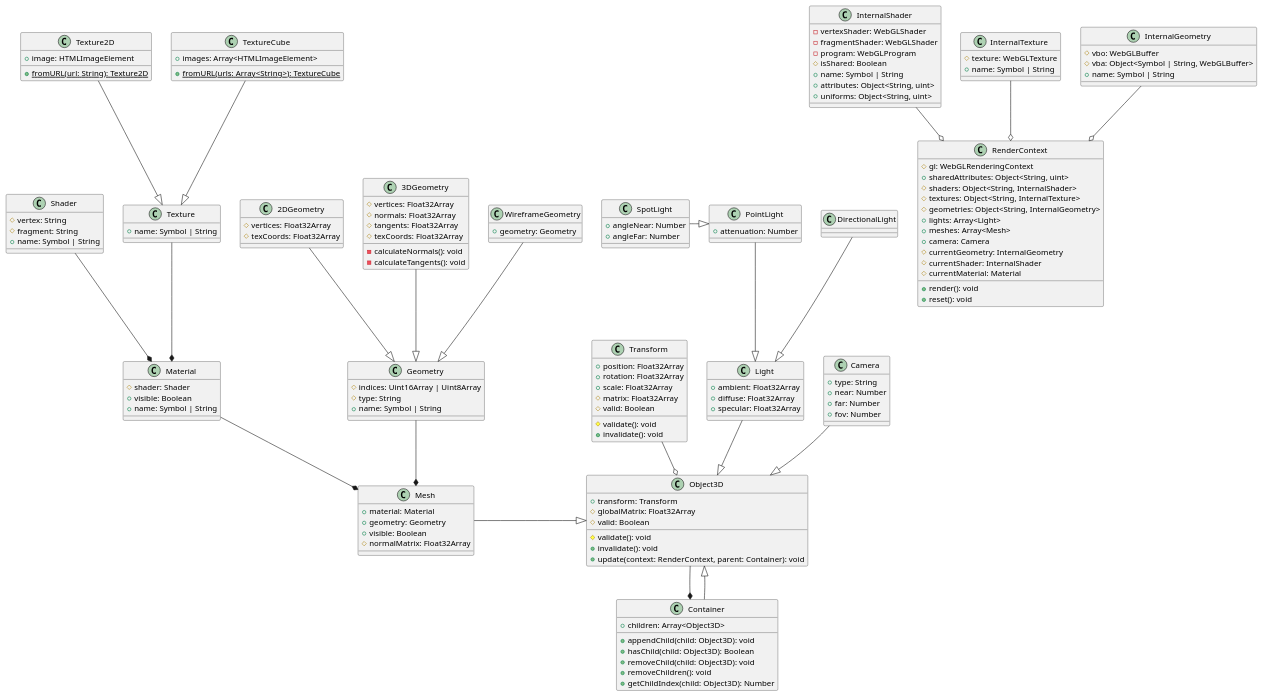
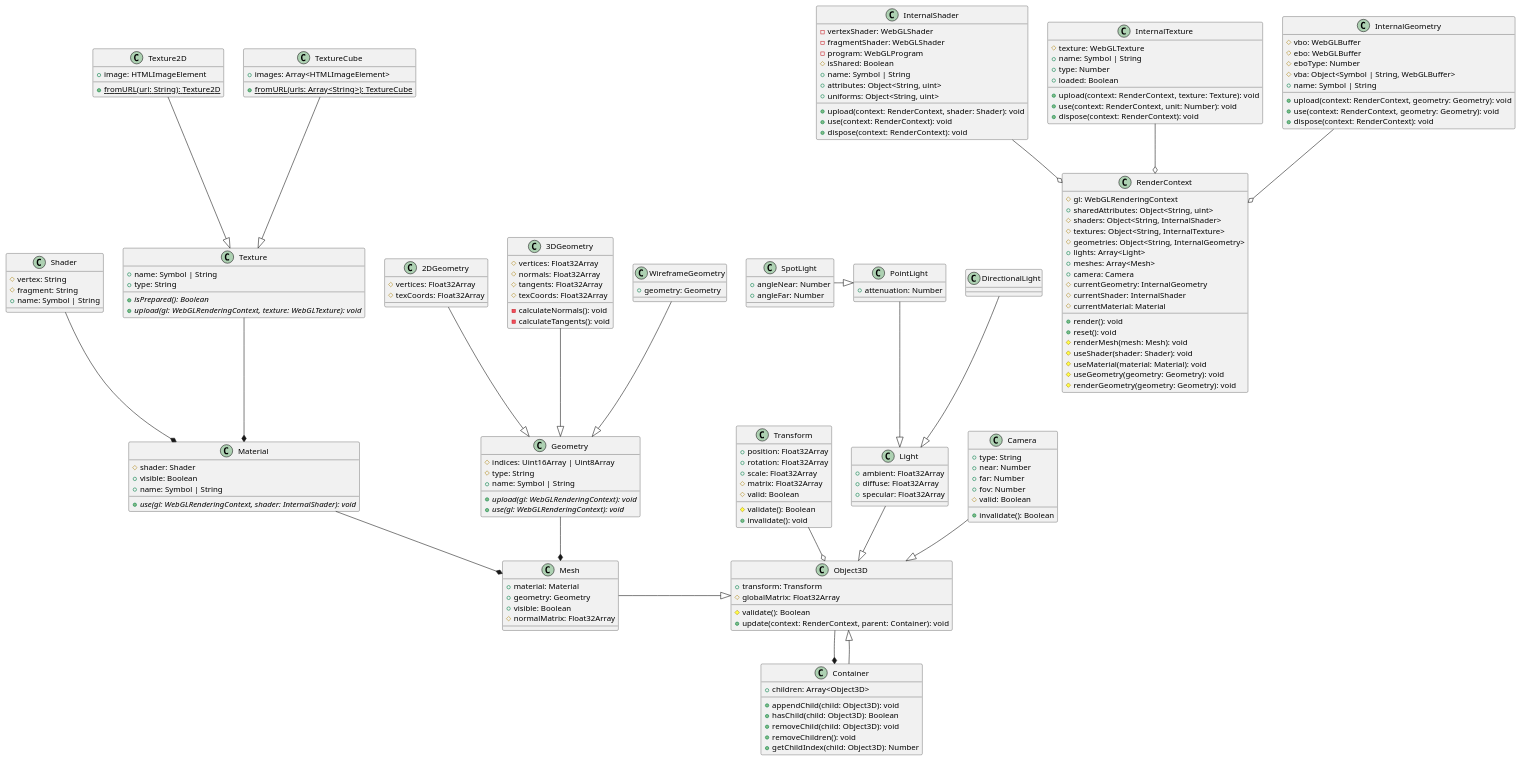
The diagram in doc/3dObjects.puml (yoo2001818/webglue), drawn with PlantUML before and after one commit.

Commit message:
Add detail to 3d objects document

```diff
--- a/doc/3dObjects.puml
+++ b/doc/3dObjects.puml
@@ -14,6 +14,11 @@
   #currentMaterial: Material
   +render(): void
   +reset(): void
+  #renderMesh(mesh: Mesh): void
+  #useShader(shader: Shader): void
+  #useMaterial(material: Material): void
+  #useGeometry(geometry: Geometry): void
+  #renderGeometry(geometry: Geometry): void
 }
 
 class InternalShader {
@@ -24,6 +29,9 @@
   +name: Symbol | String
   +attributes: Object<String, uint>
   +uniforms: Object<String, uint>
+  +upload(context: RenderContext, shader: Shader): void
+  +use(context: RenderContext): void
+  +dispose(context: RenderContext): void
 }
 
 InternalShader --o RenderContext
@@ -37,12 +45,20 @@
 class InternalTexture {
   #texture: WebGLTexture
   +name: Symbol | String
+  +type: Number
+  +loaded: Boolean
+  +upload(context: RenderContext, texture: Texture): void
+  +use(context: RenderContext, unit: Number): void
+  +dispose(context: RenderContext): void
 }
 
 InternalTexture --o RenderContext
 
 class Texture {
   +name: Symbol | String
+  +type: String
+  {abstract} +isPrepared(): Boolean
+  {abstract} +upload(gl: WebGLRenderingContext, texture: WebGLTexture): void
 }
 
 class Texture2D {
@@ -62,6 +78,7 @@
   #shader: Shader
   +visible: Boolean
   +name: Symbol | String
+  {abstract} +use(gl: WebGLRenderingContext, shader: InternalShader): void
 }
 
 Shader --* Material
@@ -69,8 +86,13 @@
 
 class InternalGeometry {
   #vbo: WebGLBuffer
+  #ebo: WebGLBuffer
+  #eboType: Number
   #vba: Object<Symbol | String, WebGLBuffer>
   +name: Symbol | String
+  +upload(context: RenderContext, geometry: Geometry): void
+  +use(context: RenderContext, geometry: Geometry): void
+  +dispose(context: RenderContext): void
 }
 
 InternalGeometry --o RenderContext
@@ -79,6 +101,8 @@
   #indices: Uint16Array | Uint8Array
   #type: String
   +name: Symbol | String
+  {abstract} +upload(gl: WebGLRenderingContext): void
+  {abstract} +use(gl: WebGLRenderingContext): void
 }
 
 class 2DGeometry {
@@ -110,16 +134,14 @@
   +scale: Float32Array
   #matrix: Float32Array
   #valid: Boolean
-  #validate(): void
+  #validate(): Boolean
   +invalidate(): void
 }
 
 class Object3D {
   +transform: Transform
   #globalMatrix: Float32Array
-  #valid: Boolean
-  #validate(): void
-  +invalidate(): void
+  #validate(): Boolean
   +update(context: RenderContext, parent: Container): void
 }
 
@@ -166,6 +188,8 @@
   +near: Number
   +far: Number
   +fov: Number
+  #valid: Boolean
+  +invalidate(): Boolean
 }
 
 Camera --|> Object3D
```
